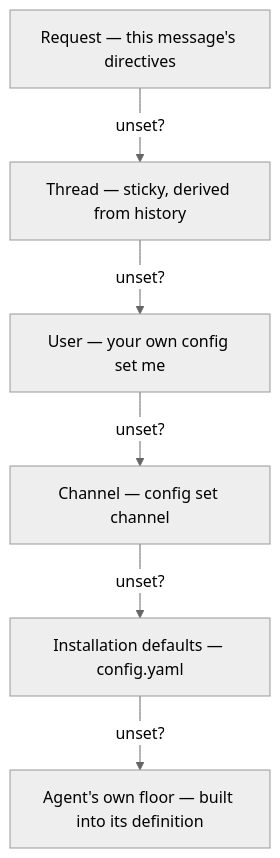
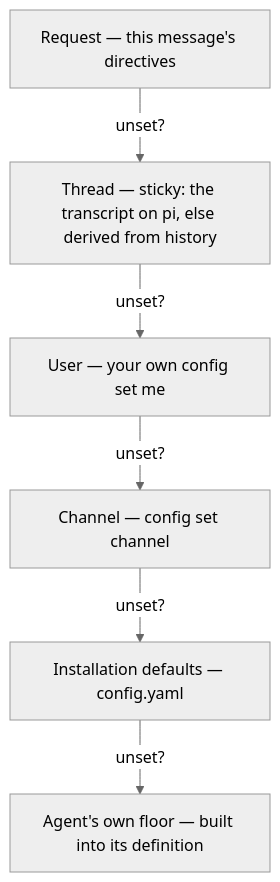
Before and after one commit to coreplanelabs/switchboard: the diagram in docs/explanation/config-layers.md, drawn with Mermaid (neutral theme). The commit also changed 32 other files, not shown here.

````diff
--- a/docs/explanation/config-layers.md
+++ b/docs/explanation/config-layers.md
@@ -5,9 +5,9 @@
 ```mermaid
 flowchart TB
     RQ["Request — this message's directives"] -->|"unset?"| TH
-    TH["Thread — sticky, derived from history"] -->|"unset?"| US
+    TH["Thread — sticky: the transcript on pi, else derived from history"] -->|"unset?"| US
     US["User — your own config set me"] -->|"unset?"| CH
     CH["Channel — config set channel"] -->|"unset?"| DF
     DF["Installation defaults — config.yaml"] -->|"unset?"| AG
     AG["Agent's own floor — built into its definition"]
 ```
````
